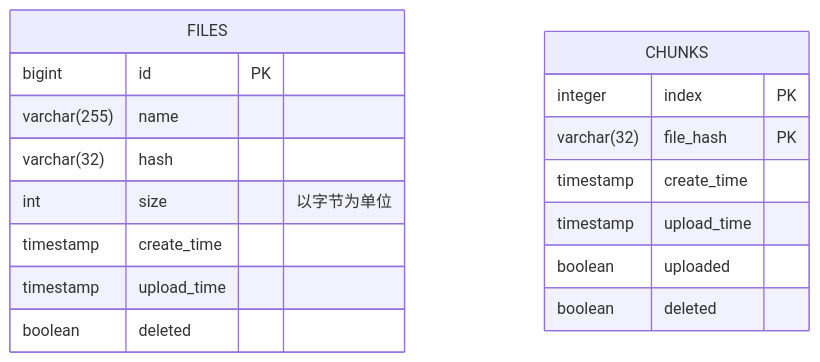
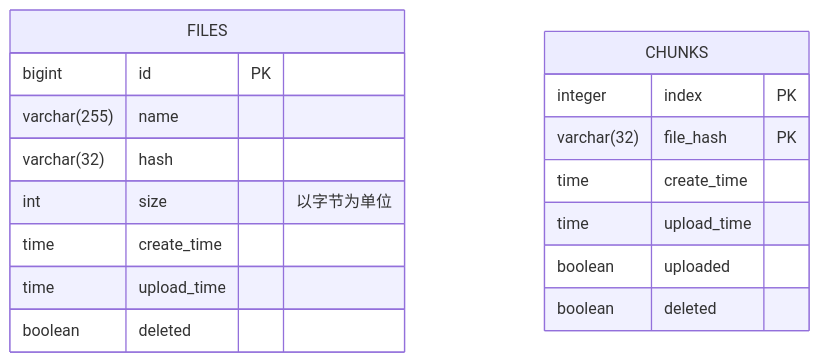
One commit to niuiic/file-service changed the third of 11 diagrams in README.md. Above: the diagram before and after it, drawn with Mermaid. The commit also changed 16 other files, not shown here.

````diff
--- a/README.md
+++ b/README.md
@@ -90,21 +90,21 @@
 ```mermaid
 erDiagram
     FILES {
         bigint id PK
         varchar(255) name
         varchar(32) hash
         int size "以字节为单位"
-        timestamp create_time
-        timestamp upload_time
+        time create_time
+        time upload_time
         boolean deleted
     }
 
     CHUNKS {
         integer index PK
         varchar(32) file_hash PK
-        timestamp create_time
-        timestamp upload_time
+        time create_time
+        time upload_time
         boolean uploaded
         boolean deleted
     }
 ```
````
